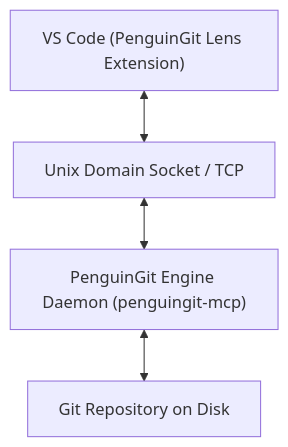
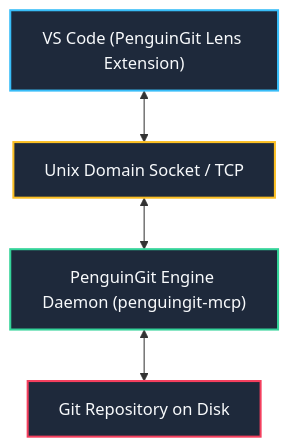
One commit to labs-ayush/PenguinGit-lens changed the diagram in README.md. Above: the diagram before and after it, drawn with Mermaid. The commit also changed 4 other files, not shown here.

````diff
--- a/README.md
+++ b/README.md
@@ -21,6 +21,16 @@
 ```mermaid
 graph TD
+    classDef client fill:#1e293b,stroke:#38bdf8,stroke-width:2px,color:#f8fafc;
+    classDef transport fill:#1e293b,stroke:#fbbf24,stroke-width:2px,color:#f8fafc;
+    classDef engine fill:#1e293b,stroke:#34d399,stroke-width:2px,color:#f8fafc;
+    classDef storage fill:#1e293b,stroke:#f43f5e,stroke-width:2px,color:#f8fafc;
+
     VSCode["VS Code (PenguinGit Lens Extension)"] <--> Socket["Unix Domain Socket / TCP"]
     Socket <--> Engine["PenguinGit Engine Daemon (penguingit-mcp)"]
     Engine <--> Git["Git Repository on Disk"]
+
+    class VSCode client;
+    class Socket transport;
+    class Engine engine;
+    class Git storage;
 ```
````
